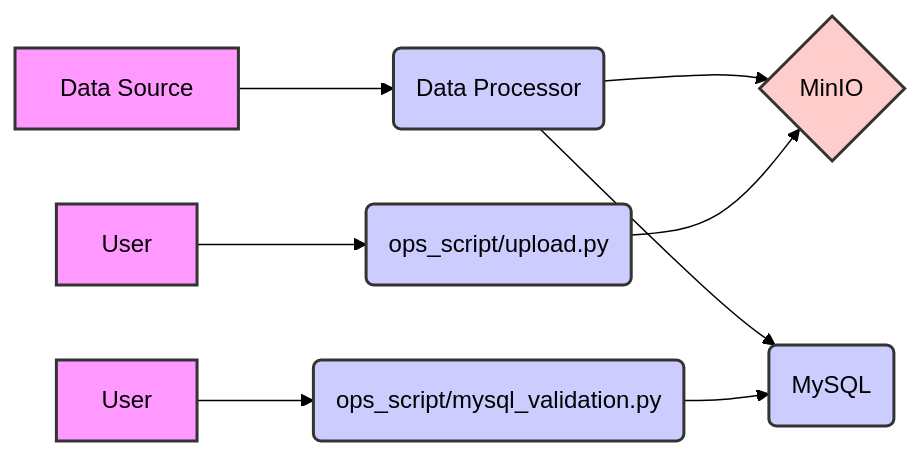
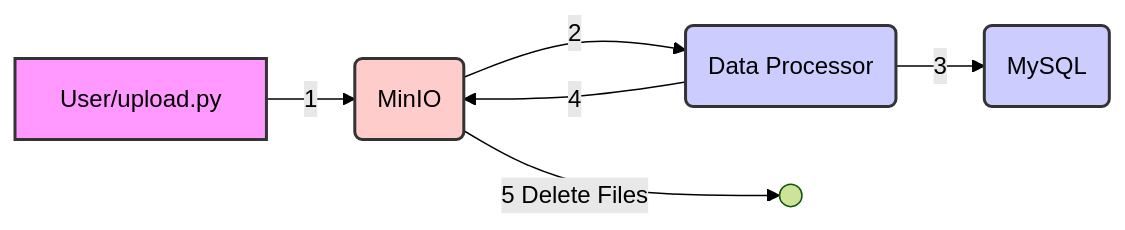
One commit to tses89214/ETL-example changed the diagram in README.md. Above: the diagram before and after it, drawn with Mermaid (forest theme). The commit also changed other lines of this file, not shown here.

````diff
--- a/README.md
+++ b/README.md
@@ -24,18 +6,12 @@
 ```mermaid
 graph LR
-    A[Data Source] --> B(Data Processor)
-    B --> C{MinIO}
-    B --> D(MySQL)
-    E[User] --> F(ops_script/upload.py)
-    F --> C
-    G[User] --> H(ops_script/mysql_validation.py)
-    H --> D
+    A[User/upload.py] --1--> B(MinIO)
+    B --2--> C(Data Processor)
+    C --3--> D(MySQL)
+    C --4--> B
+    B --5 Delete Files --> E(( ))
     style A fill:#f9f,stroke:#333,stroke-width:2px
-    style B fill:#ccf,stroke:#333,stroke-width:2px
-    style C fill:#fcc,stroke:#333,stroke-width:2px
+    style B fill:#fcc,stroke:#333,stroke-width:2px
+    style C fill:#ccf,stroke:#333,stroke-width:2px
     style D fill:#ccf,stroke:#333,stroke-width:2px
-    style E fill:#f9f,stroke:#333,stroke-width:2px
-    style F fill:#ccf,stroke:#333,stroke-width:2px
-    style G fill:#f9f,stroke:#333,stroke-width:2px
-    style H fill:#ccf,stroke:#333,stroke-width:2px
 ```
````
